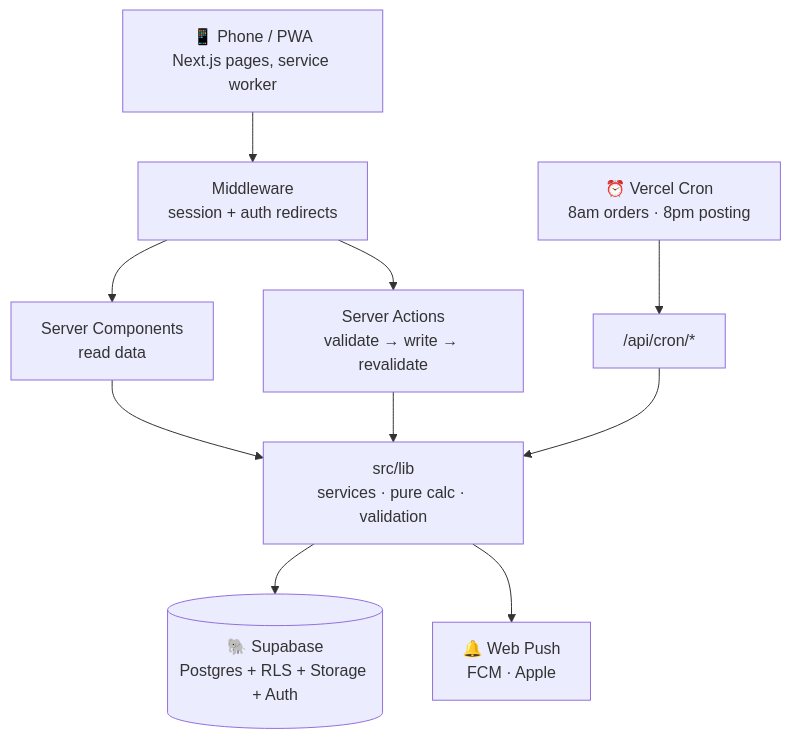
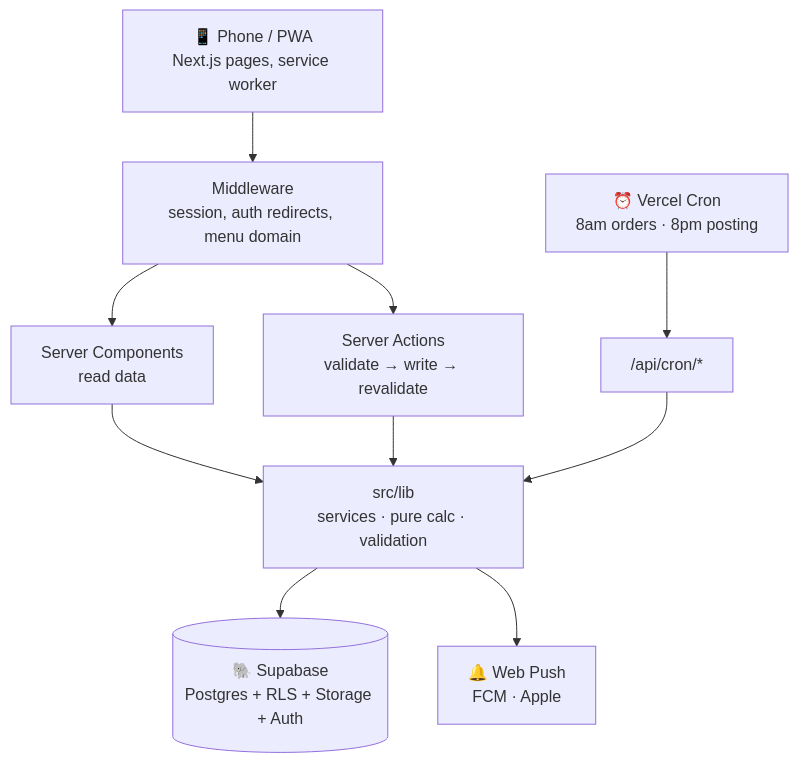
One commit to Harith98/AdikAkakBite changed the diagram in README.md. Above: the diagram before and after it, drawn with Mermaid. The commit also changed other lines of this file, not shown here.

````diff
--- a/README.md
+++ b/README.md
@@ -48,12 +69,12 @@
 ```mermaid
 flowchart TD
-    A["📱 Phone / PWA<br/>Next.js pages, service worker"] --> B["Middleware<br/>session + auth redirects"]
+    A["📱 Phone / PWA<br/>Next.js pages, service worker"] --> B["Middleware<br/>session, auth redirects, menu domain"]
     B --> C["Server Components<br/>read data"]
     B --> D["Server Actions<br/>validate → write → revalidate"]
     E["⏰ Vercel Cron<br/>8am orders · 8pm posting"] --> F["/api/cron/*"]
     C --> G["src/lib<br/>services · pure calc · validation"]
     D --> G
     F --> G
     G --> H[("🐘 Supabase<br/>Postgres + RLS + Storage + Auth")]
     G --> I["🔔 Web Push<br/>FCM · Apple"]
 ```
````
